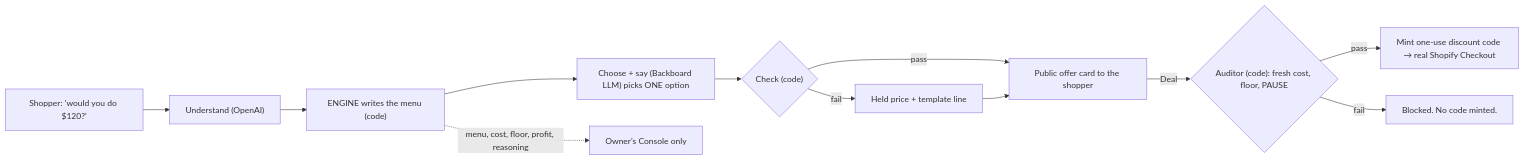
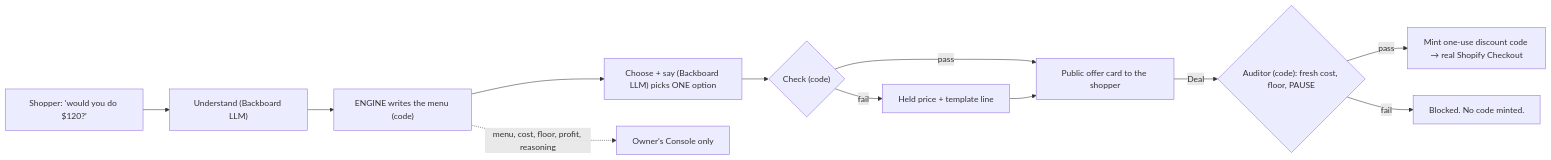
Before and after one commit to Maristanez/bazaar: the diagram in docs/HOW-IT-WORKS.md, drawn with Mermaid. The commit also changed other lines of this file and 13 other files, not shown here.

````diff
--- a/docs/HOW-IT-WORKS.md
+++ b/docs/HOW-IT-WORKS.md
@@ -34,14 +34,14 @@
 ```mermaid
 flowchart LR
-  S["Shopper: 'would you do $120?'"] --> U["Understand (OpenAI)"]
+  S["Shopper: 'would you do $120?'"] --> U["Understand (Backboard LLM)"]
   U --> E["ENGINE writes the menu (code)"]
   E --> C["Choose + say (Backboard LLM) picks ONE option"]
   C --> K{"Check (code)"}
   K -- pass --> CARD["Public offer card to the shopper"]
   K -- fail --> FB["Held price + template line"]
   FB --> CARD
   CARD -- Deal --> A{"Auditor (code): fresh cost, floor, PAUSE"}
   A -- pass --> M["Mint one-use discount code → real Shopify Checkout"]
   A -- fail --> X["Blocked. No code minted."]
   E -. menu, cost, floor, profit, reasoning .-> CON["Owner's Console only"]
 ```
````
